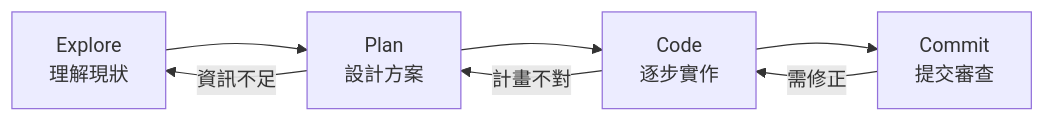
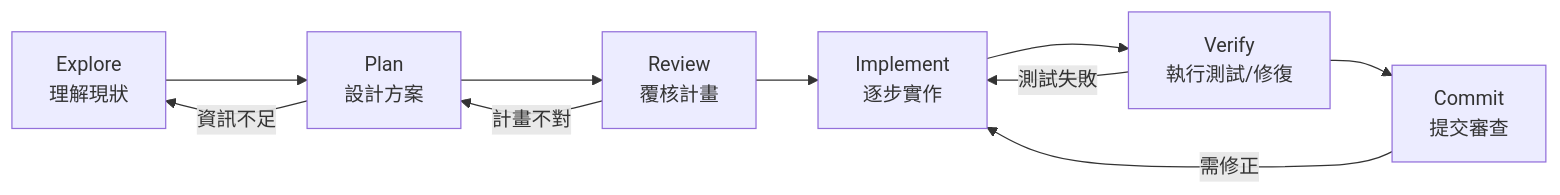
Before and after one commit to chihhung/Blog: diagram 13 of 13 in content/posts/教學/AI開發/Copilot CLI教學手冊.md, drawn with Mermaid. The commit also changed other lines of this file and 3 other files, not shown here.

````diff
--- a/content/posts/教學/AI開發/Copilot CLI教學手冊.md
+++ b/content/posts/教學/AI開發/Copilot CLI教學手冊.md
@@ -2779,9 +3093,12 @@
 ```mermaid
 graph LR
     A[Explore<br/>理解現狀] --> B[Plan<br/>設計方案]
-    B --> C[Code<br/>逐步實作]
-    C --> D[Commit<br/>提交審查]
+    B --> R[Review<br/>覆核計畫]
+    R --> C[Implement<br/>逐步實作]
+    C --> V[Verify<br/>執行測試/修復]
+    V --> D[Commit<br/>提交審查]
     D -->|需修正| C
-    C -->|計畫不對| B
+    R -->|計畫不對| B
     B -->|資訊不足| A
+    V -->|測試失敗| C
 ```
````
